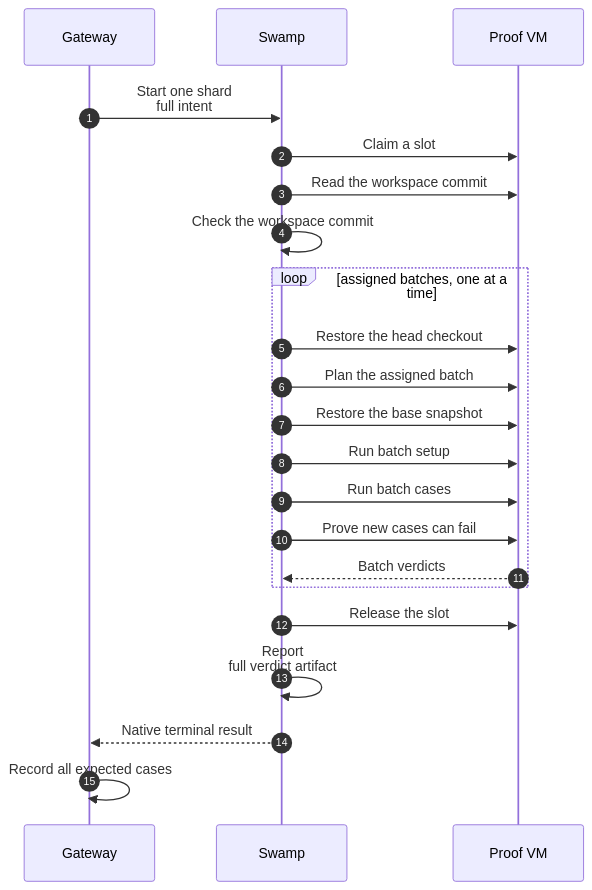
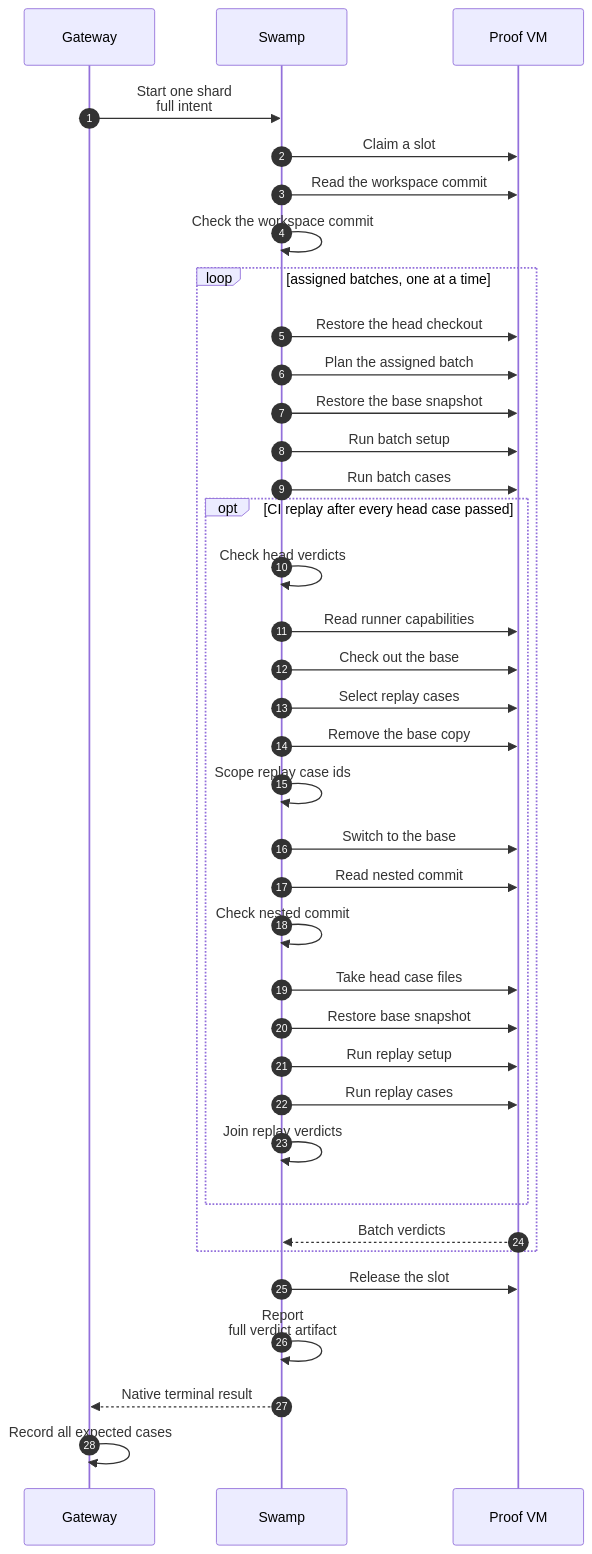
One commit to hardimpactdev/orbit changed the diagram in docs/cli/proof/command.mmd. Above: the diagram before and after it, drawn with Mermaid. The commit also changed 14 other files, not shown here.

First line of the commit message:
fix: make proof merge-base replay opt-in per changed case (#3260)

```diff
--- a/docs/cli/proof/command.mmd
+++ b/docs/cli/proof/command.mmd
@@ -1,34 +1,53 @@
 sequenceDiagram
   %% status: reviewed
   %% command: none · started by proof:run
   %% kind: proof.command
   autonumber
   participant GW as Gateway
   participant SW as Swamp
   participant VM as Proof VM
   GW->>SW: Start one shard<br/>full intent
   %%> Record one group and VM with its whole batch assignments and expected expanded case ids. Operator proofs instead carry one full command from task admission.
   SW->>VM: Claim a slot
   SW->>VM: Read the workspace commit
   SW->>SW: Check the workspace commit
   %%> A mismatch fails before cases and records expected and found commits.
   loop assigned batches, one at a time
     SW->>VM: Restore the head checkout
-    %%> A prior new-case check may have left the checkout at the merge base. Restore the admitted head before planning.
+    %%> A prior flagged-case check may have left the checkout at the merge base. Restore the admitted head before planning.
     SW->>VM: Plan the assigned batch
     %%> runner plan --lines --only-batch restricts execution to the whole admitted batch. An operator run plans the full command.
     SW->>VM: Restore the base snapshot
     SW->>VM: Run batch setup
     SW->>VM: Run batch cases
     %%> The runner schedules cases within the fleet's existing concurrency and isolation rules. Keep every verdict line in the output artifact.
-    SW->>VM: Prove new cases can fail
-    %%> A new case must fail with cause assertion at the merge base. Missing evidence fails.
+    opt CI replay after every head case passed
+      SW->>SW: Check head verdicts
+      SW->>VM: Read runner capabilities
+      %%> Read head runner help. Without replay support, skip selection and replay.
+      SW->>VM: Check out the base
+      SW->>VM: Select replay cases
+      %%> Use the runner's case-level comparison, then keep fails_on_base: true. Unchanged flags and unflagged cases never replay, even under whole-file code or tooling selection.
+      SW->>VM: Remove the base copy
+      SW->>SW: Scope replay case ids
+      %%> Keep only cases admitted to this batch.
+      SW->>VM: Switch to the base
+      SW->>VM: Read nested commit
+      SW->>SW: Check nested commit
+      SW->>VM: Take head case files
+      %%> Copy cases, batches and the spec loader. Keep base runner and step implementations.
+      SW->>VM: Restore base snapshot
+      SW->>VM: Run replay setup
+      SW->>VM: Run replay cases
+      SW->>SW: Join replay verdicts
+      %%> Each replay must fail with cause assertion. A pass, another cause or missing evidence fails the proof with a CASE@merge-base verdict. Keep flags after merge; only a later case change opts them into another replay.
+    end
     VM-->>SW: Batch verdicts
   end
   SW->>VM: Release the slot
   %%> Always after success or failure. Only operator proofs can keep a failed VM for 60 minutes. CI always deletes.
   SW->>SW: Report<br/>full verdict artifact
   %%> Prefix each line with its command, file and batch. The fixed capture reads the full artifact rather than the 4 KiB history summary.
   SW-->>GW: Native terminal result
   GW->>GW: Record all expected cases
   %%> Failed, missing, duplicate or unassigned verdicts fail the shard. A missing case becomes unrun. A missing or failed delete schedules normal group cancellation. The parent closes one merged report after all shards end.
```
